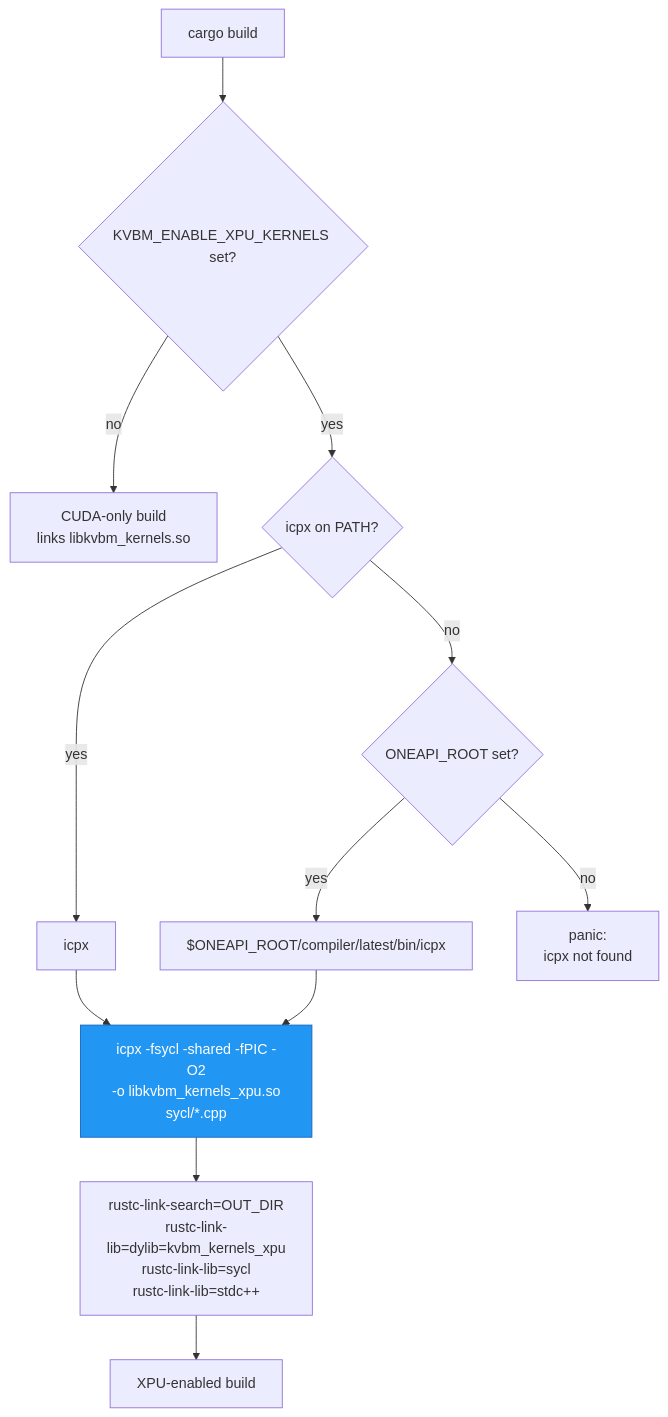
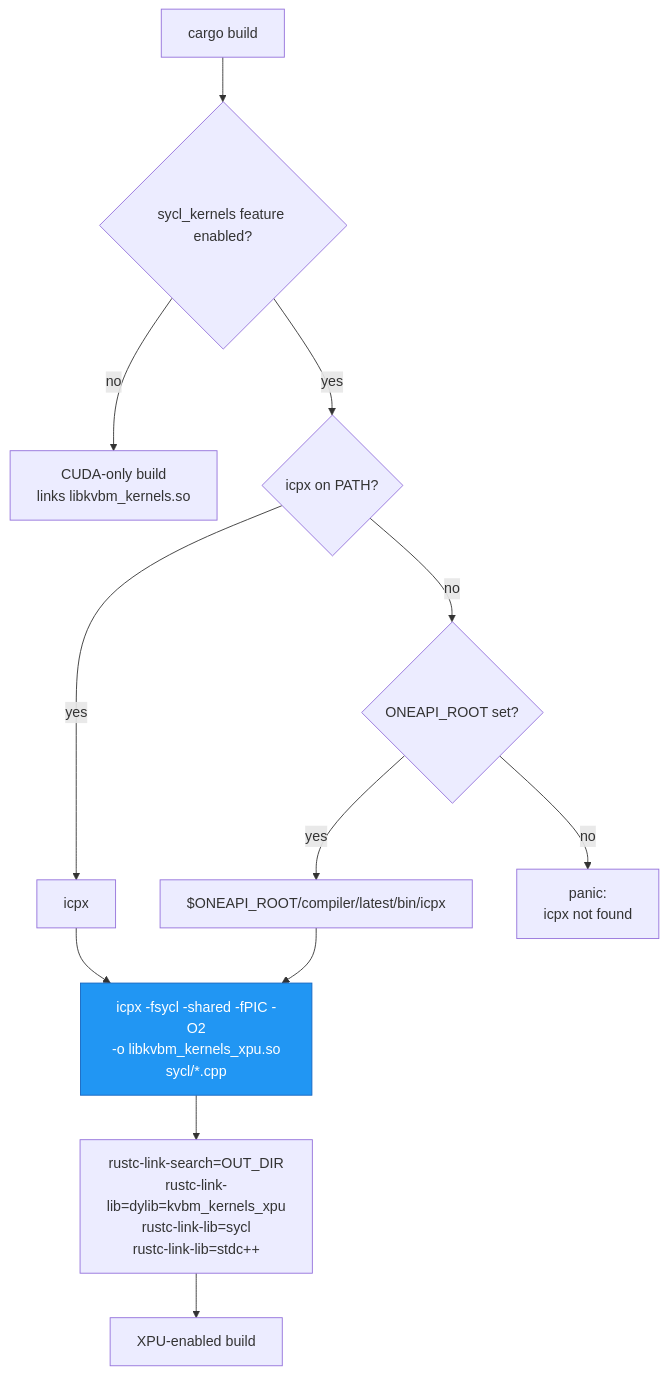
The first of 2 diagrams in lib/kvbm-kernels/docs/sycl_kernels.md (ai-dynamo/dynamo), drawn with Mermaid before and after one commit. The commit also changed other lines of this file and 17 other files, not shown here.

First line of the commit message:
fix(kvbm-v2): refactor feature/build/module/file/function/type

````diff
--- a/lib/kvbm-kernels/docs/sycl_kernels.md
+++ b/lib/kvbm-kernels/docs/sycl_kernels.md
@@ -34,16 +34,16 @@
 ```mermaid
 flowchart TD
-    A[cargo build] --> B{KVBM_ENABLE_XPU_KERNELS set?}
+    A[cargo build] --> B{sycl_kernels feature enabled?}
     B -- no --> DONE_CUDA[CUDA-only build<br/>links libkvbm_kernels.so]
     B -- yes --> C{icpx on PATH?}
     C -- yes --> D[icpx]
     C -- no --> E{ONEAPI_ROOT set?}
     E -- yes --> F["$ONEAPI_ROOT/compiler/latest/bin/icpx"]
     E -- no --> PANIC[panic:<br/>icpx not found]
     D --> G[icpx -fsycl -shared -fPIC -O2<br/>-o libkvbm_kernels_xpu.so<br/>sycl/*.cpp]
     F --> G
     G --> H[rustc-link-search=OUT_DIR<br/>rustc-link-lib=dylib=kvbm_kernels_xpu<br/>rustc-link-lib=sycl<br/>rustc-link-lib=stdc++]
     H --> DONE_XPU[XPU-enabled build]
 
     style G fill:#2196f3,stroke:#1565c0,color:#fff
 ```
````
